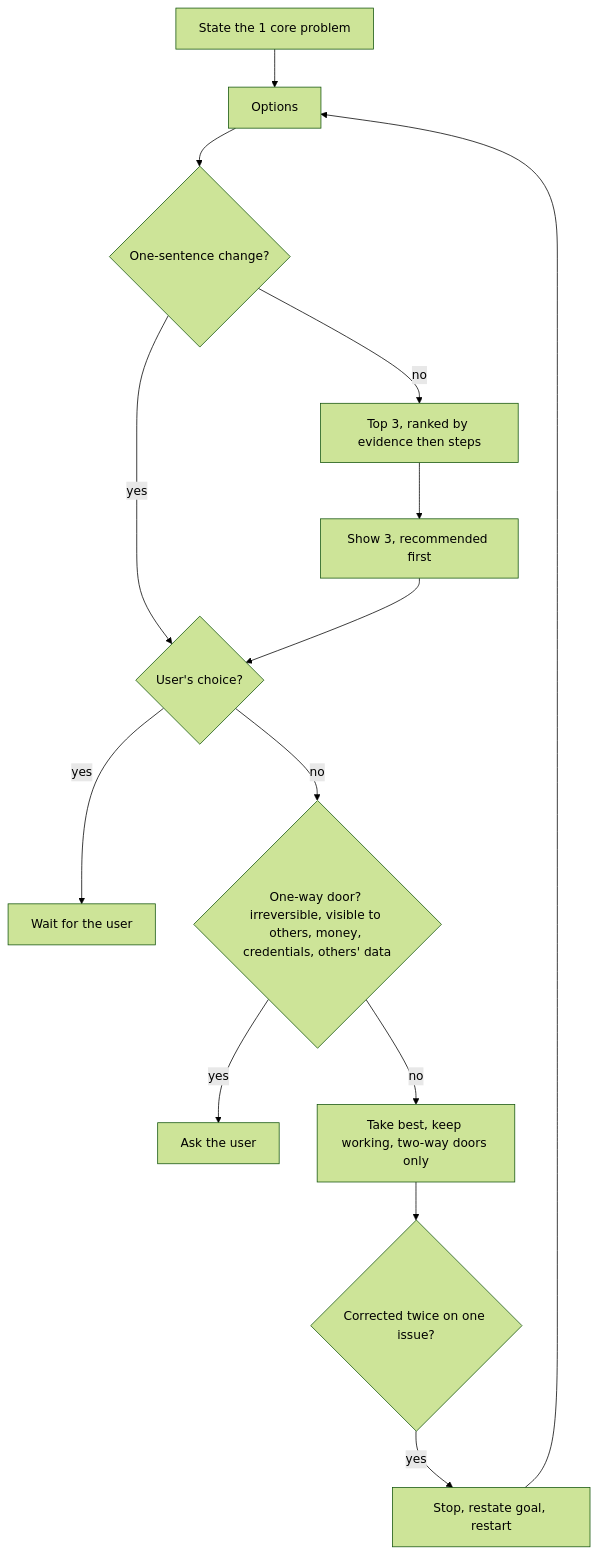
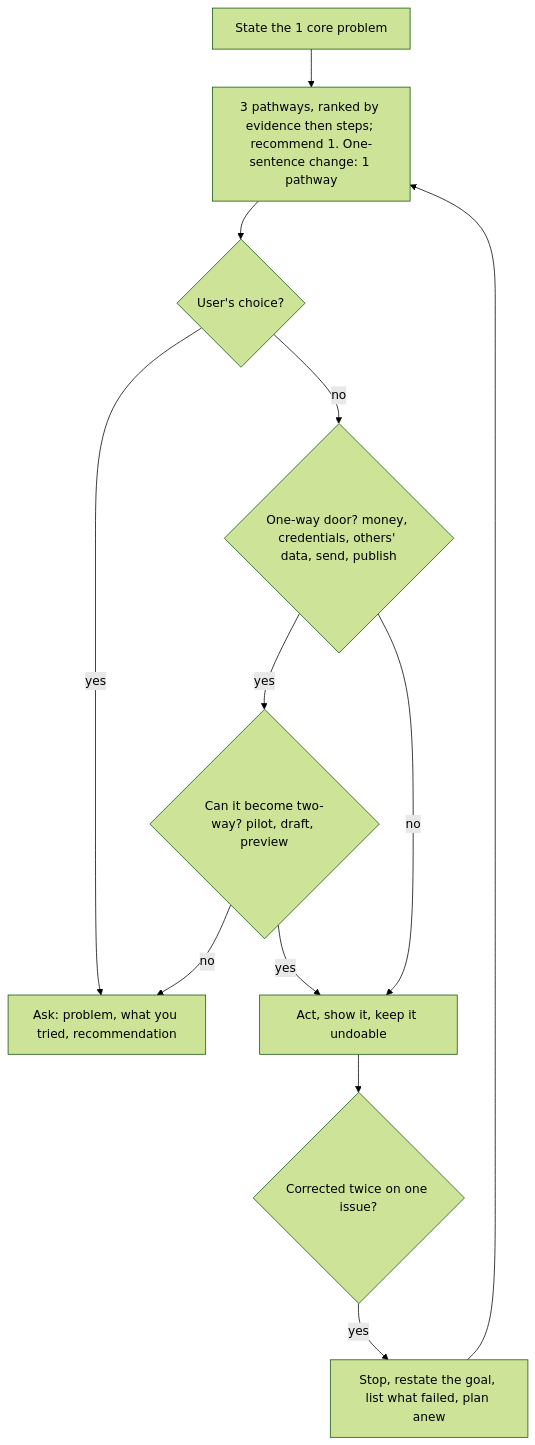
The ninth of 14 diagrams in AGENTS.md (SolenixAI/arbiter), drawn with Mermaid (forest theme) before and after one commit. The commit also changed other lines of this file, not shown here.

First line of the commit message:
docs(agents): section 8 frames, acts, asks with a recommendation, resets

````diff
--- a/AGENTS.md
+++ b/AGENTS.md
@@ -360,13 +356,13 @@
 ```mermaid
 flowchart TD
-  P1[State the 1 core problem] --> O[Options] --> OS{One-sentence change?}
-  OS -->|yes| Q
-  OS -->|no| T[Top 3, ranked by evidence then steps] --> S[Show 3, recommended first]
-  S --> Q{User's choice?}
-  Q -->|yes| W[Wait for the user]
-  Q -->|no| A{One-way door? irreversible, visible to others, money, credentials, others' data}
-  A -->|yes| U[Ask the user]
-  A -->|no| X[Take best, keep working, two-way doors only]
+  P1["State the 1 core problem"] --> T["3 pathways, ranked by evidence then steps; recommend 1. One-sentence change: 1 pathway"]
+  T --> Q{User's choice?}
+  Q -->|yes| W["Ask: problem, what you tried, recommendation"]
+  Q -->|no| A{"One-way door? money, credentials, others' data, send, publish"}
+  A -->|yes| SH{"Can it become two-way? pilot, draft, preview"}
+  SH -->|yes| X
+  SH -->|no| W
+  A -->|no| X["Act, show it, keep it undoable"]
   X --> K{Corrected twice on one issue?}
-  K -->|yes| Z[Stop, restate goal, restart] --> O
+  K -->|yes| Z["Stop, restate the goal, list what failed, plan anew"] --> T
 ```
````
